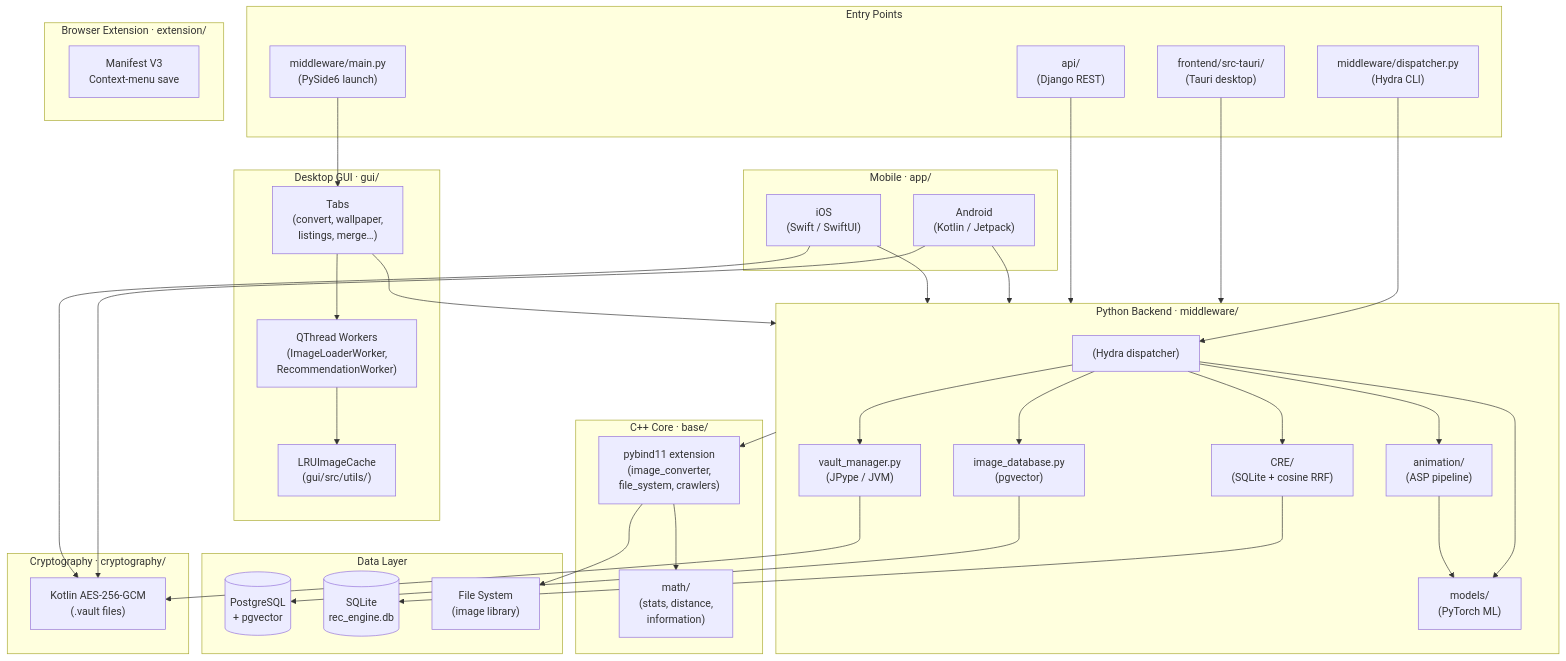
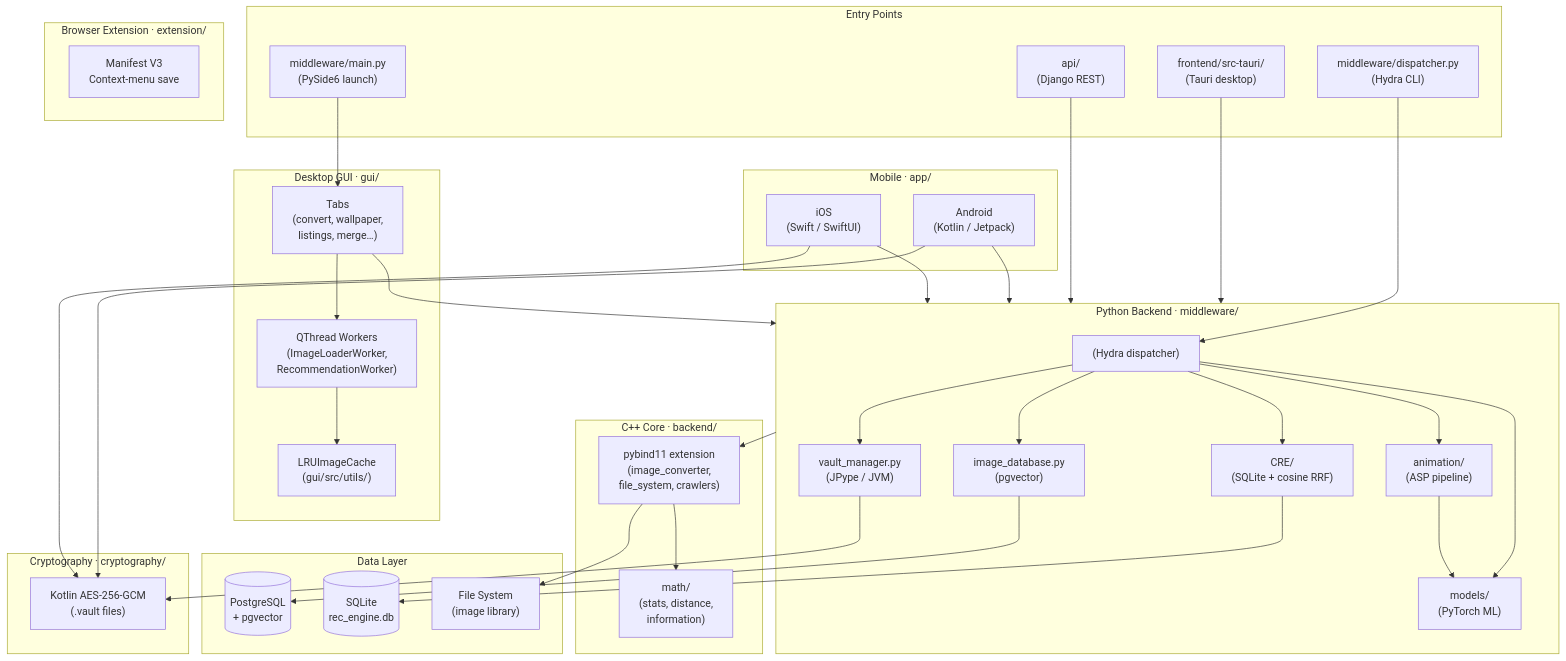
Before and after one commit to ACFHarbinger/Image-Toolkit: the first of 25 diagrams in docs/website/public/docs/ARCHITECTURE.md, drawn with Mermaid. The commit also changed 348 other files, not shown here.

First line of the commit message:
refactor!: rename the C++ core base/ → backend/ (import backend) (W0-02, #866)

```diff
--- a/docs/website/public/docs/ARCHITECTURE.md
+++ b/docs/website/public/docs/ARCHITECTURE.md
@@ -29,7 +29,7 @@
         RECENG["CRE/\n(SQLite + cosine RRF)"]
     end
 
-    subgraph CppCore["C++ Core  ·  base/"]
+    subgraph CppCore["C++ Core  ·  backend/"]
         RUST["pybind11 extension\n(image_converter,\nfile_system, crawlers)"]
         RUSTMATH["math/\n(stats, distance,\ninformation)"]
     end
```
